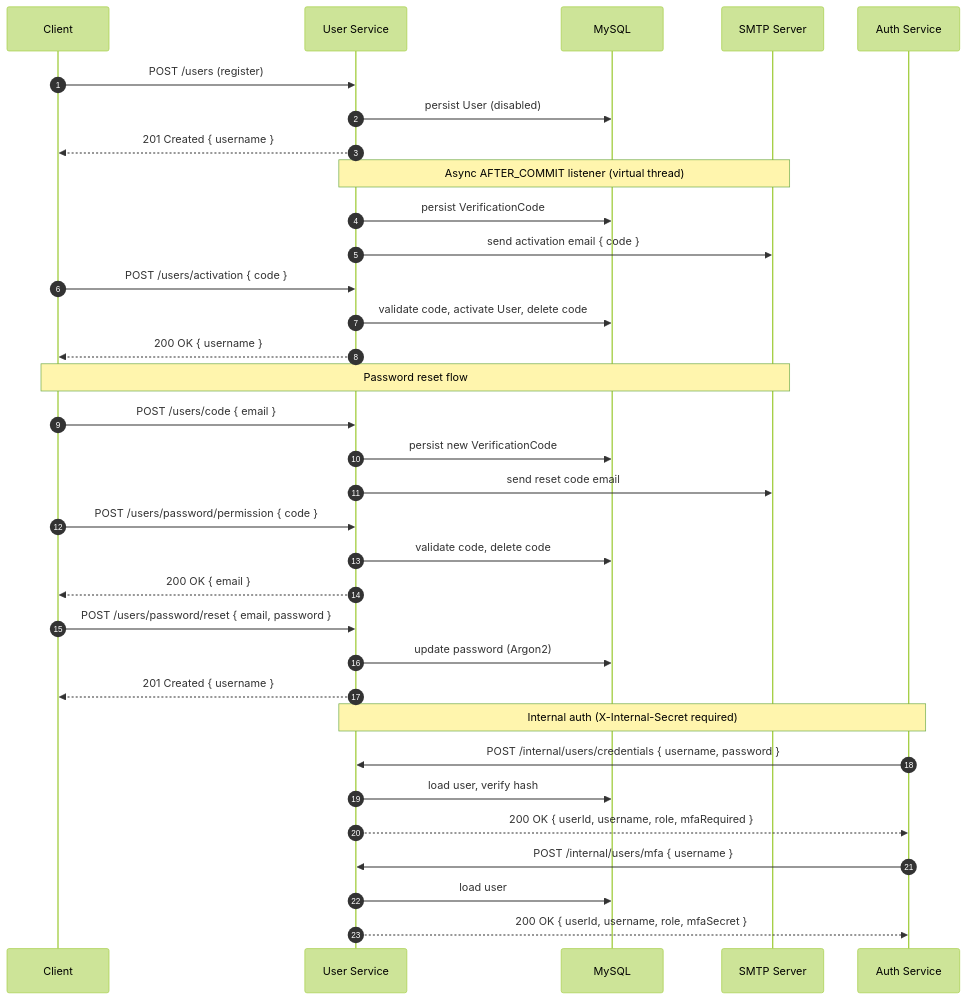
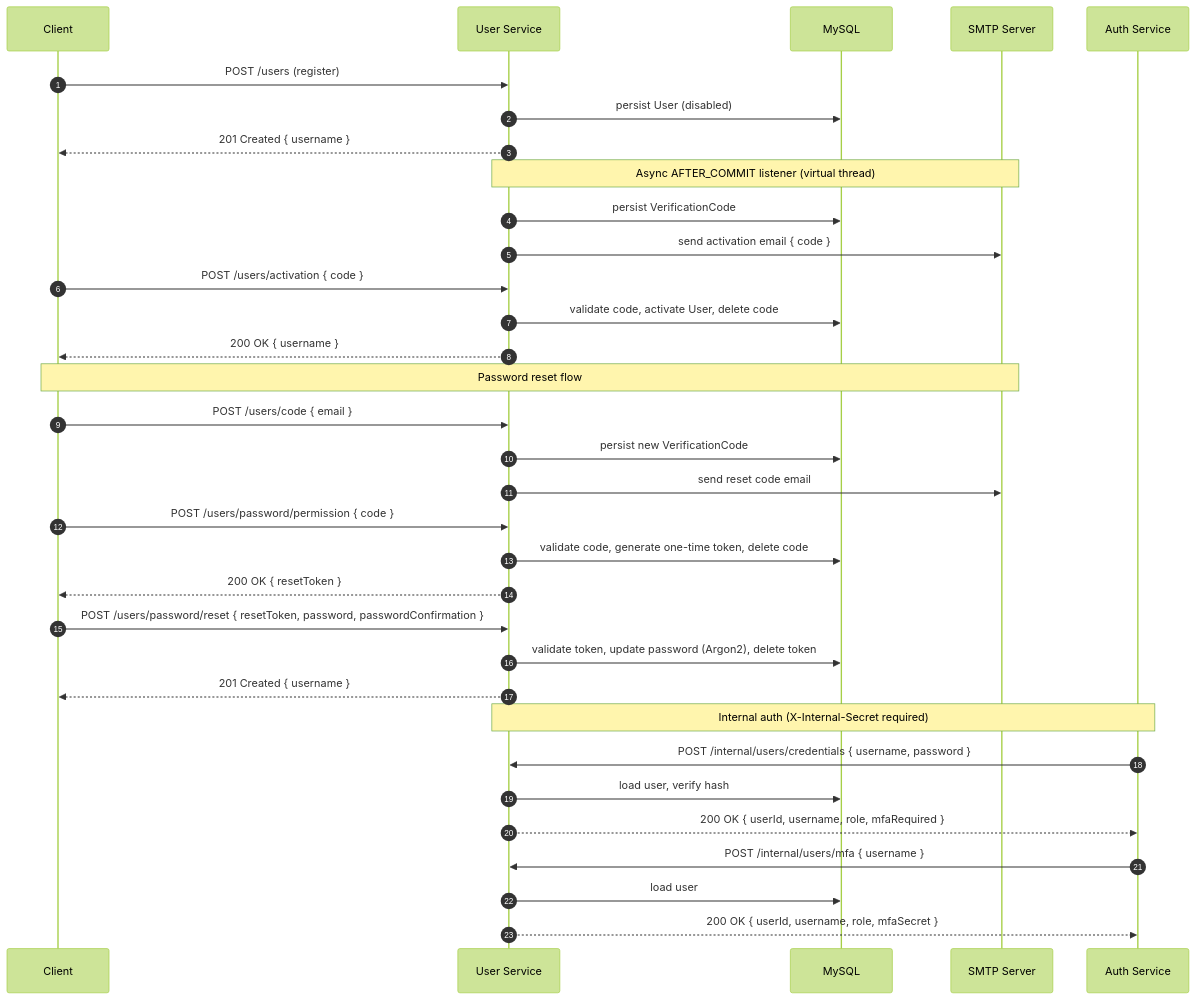
Before and after one commit to mrzodeczko-dev/security-platform: the first of 2 diagrams in README.md, drawn with Mermaid (forest theme). The commit also changed other lines of this file and 1 other file, not shown here.

Commit message:
Enhance password reset flow with one-time token and update README for clarity

````diff
--- a/README.md
+++ b/README.md
@@ -51,41 +51,41 @@
 ```mermaid
 sequenceDiagram
     autonumber
     participant C as Client
     participant US as User Service
     participant DB as MySQL
     participant SMTP as SMTP Server
     participant AS as Auth Service
 
     C->>US: POST /users (register)
     US->>DB: persist User (disabled)
     US-->>C: 201 Created { username }
 
     Note over US,SMTP: Async AFTER_COMMIT listener (virtual thread)
     US->>DB: persist VerificationCode
     US->>SMTP: send activation email { code }
 
     C->>US: POST /users/activation { code }
     US->>DB: validate code, activate User, delete code
     US-->>C: 200 OK { username }
 
     Note over C,SMTP: Password reset flow
     C->>US: POST /users/code { email }
     US->>DB: persist new VerificationCode
     US->>SMTP: send reset code email
     C->>US: POST /users/password/permission { code }
-    US->>DB: validate code, delete code
-    US-->>C: 200 OK { email }
-    C->>US: POST /users/password/reset { email, password }
-    US->>DB: update password (Argon2)
+    US->>DB: validate code, generate one-time token, delete code
+    US-->>C: 200 OK { resetToken }
+    C->>US: POST /users/password/reset { resetToken, password, passwordConfirmation }
+    US->>DB: validate token, update password (Argon2), delete token
     US-->>C: 201 Created { username }
 
     Note over AS,US: Internal auth (X-Internal-Secret required)
     AS->>US: POST /internal/users/credentials { username, password }
     US->>DB: load user, verify hash
     US-->>AS: 200 OK { userId, username, role, mfaRequired }
 
     AS->>US: POST /internal/users/mfa { username }
     US->>DB: load user
     US-->>AS: 200 OK { userId, username, role, mfaSecret }
 ```
````
